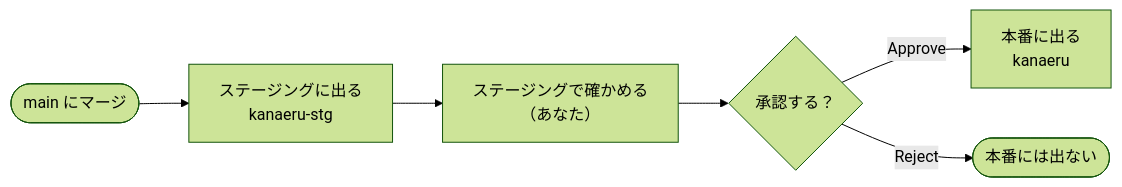
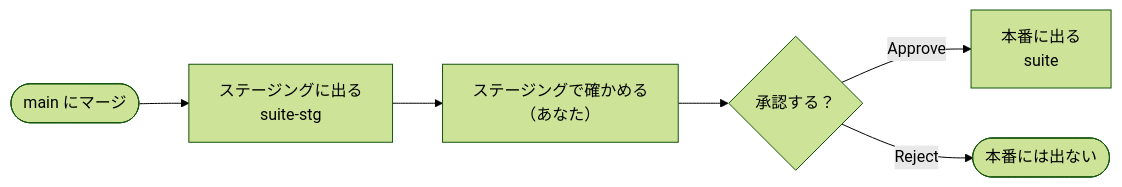
Before and after one commit to takumi-okuya-dev/kanaeru-apps: the second of 2 diagrams in docs/release-guide.md, drawn with Mermaid (forest theme). The commit also changed other lines of this file and 21 other files, not shown here.

````diff
--- a/docs/release-guide.md
+++ b/docs/release-guide.md
@@ -30,8 +30,8 @@
 ```mermaid
 flowchart LR
-  merge([main にマージ]) --> stg[ステージングに出る<br/>kanaeru-stg]
+  merge([main にマージ]) --> stg[ステージングに出る<br/>suite-stg]
   stg --> check[ステージングで確かめる<br/>（あなた）]
   check --> approve{承認する？}
-  approve -- Approve --> prod[本番に出る<br/>kanaeru]
+  approve -- Approve --> prod[本番に出る<br/>suite]
   approve -- Reject --> stop([本番には出ない])
 ```
````
